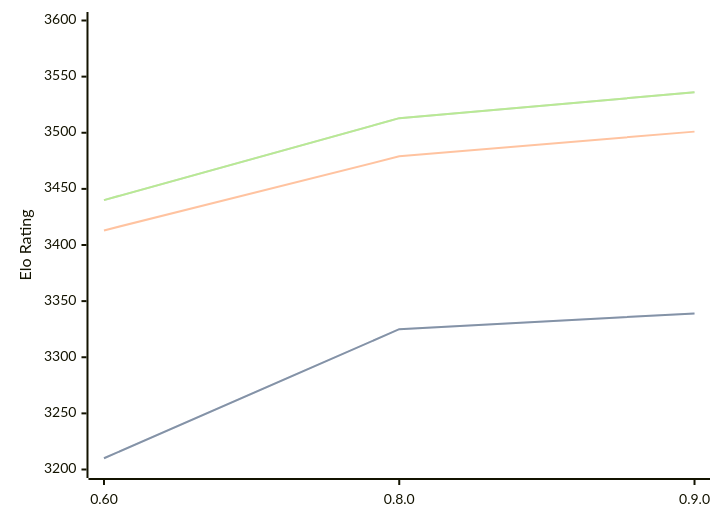
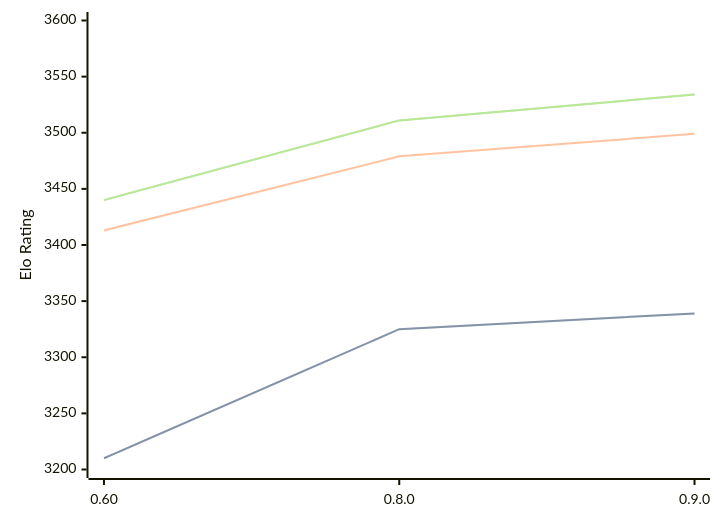
The diagram in engines/Motor.md (computer-chess-index/cci), drawn with Mermaid before and after one commit. The commit also changed other lines of this file, not shown here.

Commit message:
Update CCI Ratings (ELO VLTC) - 2026-09-03

````diff
--- a/engines/Motor.md
+++ b/engines/Motor.md
@@ -33,11 +33,11 @@
 ```mermaid
 %%{init: {"theme":"base","themeVariables":{"seriesColors:['#a3a3a3','#222221','#faa371']}}}%%
 xychart-beta
   x-axis ["0.60", "0.8.0", "0.9.0"]
   y-axis "Elo Rating" 3200 --> 3600
   line "" [3210, 3325, 3339]
   line "STC (8.0+0.08s)" [3210, 3325, 3339]
-  line "LTC (60.0+0.60s)" [3413, 3479, 3501]
-  line "" [3440, 3513, 3536]
-  line "VLTC (2m24s+1.12s)" [3440, 3513, 3536]
+  line "LTC (60.0+0.60s)" [3413, 3479, 3499]
+  line "" [3440, 3511, 3534]
+  line "VLTC (2m24s+1.12s)" [3440, 3511, 3534]
 ```
````
